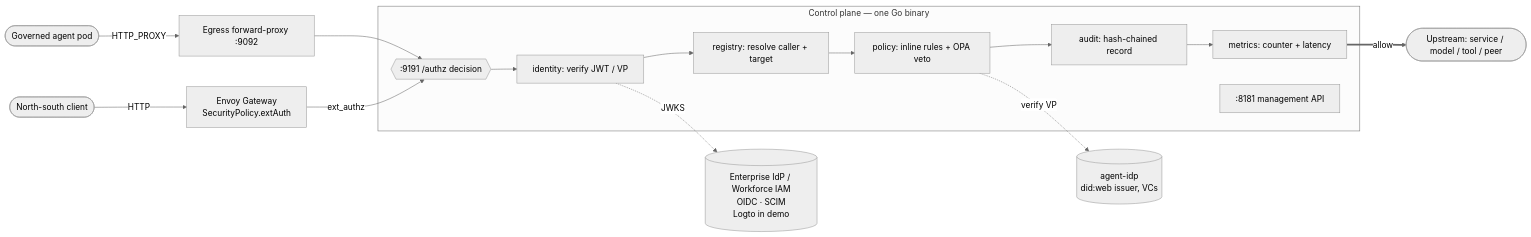
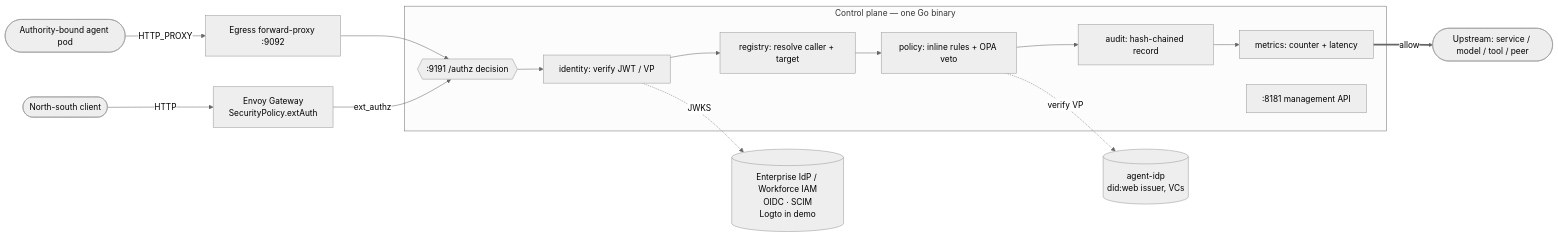
The diagram in src/content/docs/concepts/architecture.md (rogerchucker/palonexus-web), drawn with Mermaid (neutral theme) before and after one commit. The commit also changed other lines of this file and 88 other files, not shown here.

````diff
--- a/src/content/docs/concepts/architecture.md
+++ b/src/content/docs/concepts/architecture.md
@@ -51,29 +54,29 @@
 ```mermaid
 flowchart LR
-  agent([Governed agent pod])
+  agent([Authority-bound agent pod])
   client([North-south client])
 
   proxy["Egress forward-proxy :9092"]
   gw["Envoy Gateway<br/>SecurityPolicy.extAuth"]
 
   subgraph cp["Control plane — one Go binary"]
     dec{{":9191 /authz decision"}}
     id["identity: verify JWT / VP"]
     reg["registry: resolve caller + target"]
     pol["policy: inline rules + OPA veto"]
     aud["audit: hash-chained record"]
     met["metrics: counter + latency"]
     mgmt[":8181 management API"]
   end
 
   idp[("Enterprise IdP / Workforce IAM<br/>OIDC · SCIM<br/>Logto in demo")]
   aidp[("agent-idp<br/>did:web issuer, VCs")]
   upstream([Upstream: service / model / tool / peer])
 
   agent -->|HTTP_PROXY| proxy --> dec
   client -->|HTTP| gw -->|ext_authz| dec
   dec --> id --> reg --> pol --> aud --> met
   id -.JWKS.-> idp
   pol -.verify VP.-> aidp
   met ==>|allow| upstream
 ```
````
